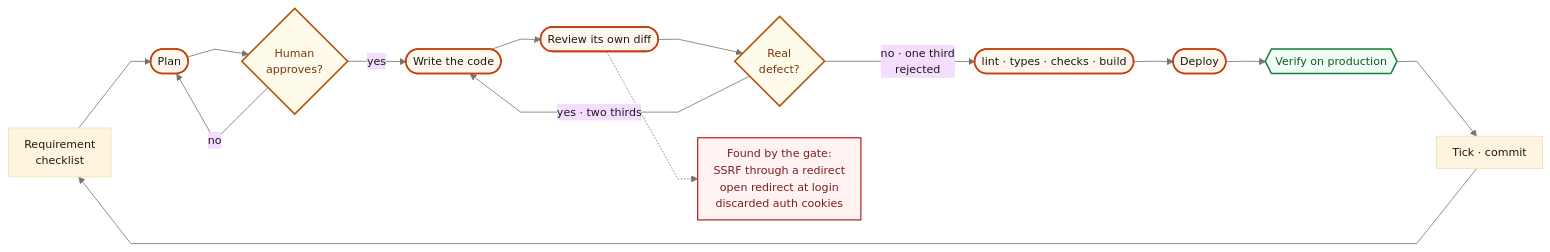
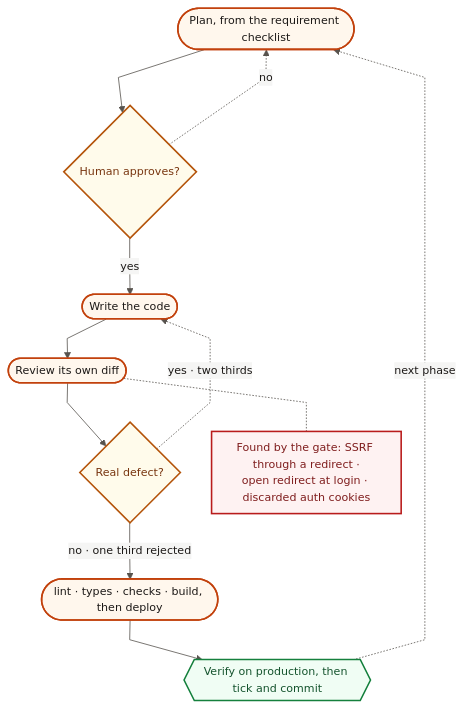
Before and after one commit to Rounak7721/ReForge: the first of 5 diagrams in docs/01-ai-development-process.md, drawn with Mermaid. The commit also changed other lines of this file and 5 other files, not shown here.

First line of the commit message:
docs: pin every diagram's theme, and give the line types one meaning

````diff
--- a/docs/01-ai-development-process.md
+++ b/docs/01-ai-development-process.md
@@ -15,28 +15,32 @@
 ```mermaid
-%%{init: {'theme':'base','themeVariables':{'fontFamily':'ui-sans-serif, system-ui, sans-serif','fontSize':'14px','lineColor':'#78716c','primaryTextColor':'#1c1917'},'flowchart':{'curve':'linear','nodeSpacing':40,'rankSpacing':50,'padding':10}}}%%
-flowchart LR
-    A["Requirement<br/>checklist"] --> B(["Plan"])
-    B --> C{"Human<br/>approves?"}
-    C -->|no| B
-    C -->|yes| D(["Write the code"])
-    D --> E(["Review its own diff"])
-    E --> F{"Real<br/>defect?"}
-    F -->|"yes · two thirds"| D
-    F -->|"no · one third<br/>rejected"| G(["lint · types · checks · build"])
-    G --> H(["Deploy"])
-    H --> I{{"Verify on production"}}
-    I --> J["Tick · commit"]
-    J --> A
+%%{init: {'theme':'base','themeVariables':{'fontFamily':'ui-sans-serif, system-ui, -apple-system, sans-serif','fontSize':'14px','textColor':'#1c1917','primaryTextColor':'#1c1917','secondaryTextColor':'#1c1917','tertiaryTextColor':'#1c1917','nodeTextColor':'#1c1917','titleColor':'#1c1917','lineColor':'#57534e','mainBkg':'#ffffff','nodeBorder':'#57534e','background':'#ffffff','clusterBkg':'#fafaf9','clusterBorder':'#d6d3d1','edgeLabelBackground':'#f5f5f4','primaryColor':'#ffffff','primaryBorderColor':'#57534e','secondaryColor':'#fafaf9','tertiaryColor':'#f5f5f4'},'flowchart':{'curve':'linear','nodeSpacing':40,'rankSpacing':50,'padding':10,'htmlLabels':true}}}%%
+flowchart TB
+    B(["Plan, from the requirement checklist"])
+    C{"Human approves?"}
+    D(["Write the code"])
+    E(["Review its own diff"])
+    F{"Real defect?"}
+    G(["lint · types · checks · build, then deploy"])
+    I{{"Verify on production, then tick and commit"}}
+    FOUND["Found by the gate: SSRF through a redirect ·<br/>open redirect at login · discarded auth cookies"]
 
-    FOUND["Found by the gate:<br/>SSRF through a redirect<br/>open redirect at login<br/>discarded auth cookies"]
-    E -.-> FOUND
+    B --> C
+    C -.->|"no"| B
+    C -->|"yes"| D
+    D --> E
+    E --> F
+    F -.->|"yes · two thirds"| D
+    F -->|"no · one third rejected"| G
+    G --> I
+    I -.->|"next phase"| B
+    E -.- FOUND
 
     classDef core fill:#fff7ed,stroke:#c2410c,stroke-width:2px,color:#1c1917
     classDef gate fill:#fffbeb,stroke:#b45309,stroke-width:2px,color:#78350f
     classDef good fill:#f0fdf4,stroke:#15803d,stroke-width:2px,color:#14532d
-    classDef bad fill:#fef2f2,stroke:#b91c1c,stroke-width:1.5px,color:#7f1d1d
-    class B,D,E,G,H core
+    classDef bad fill:#fef2f2,stroke:#b91c1c,stroke-width:2px,color:#7f1d1d
+    class B,D,E,G core
     class C,F gate
     class I good
     class FOUND bad
 ```
````
